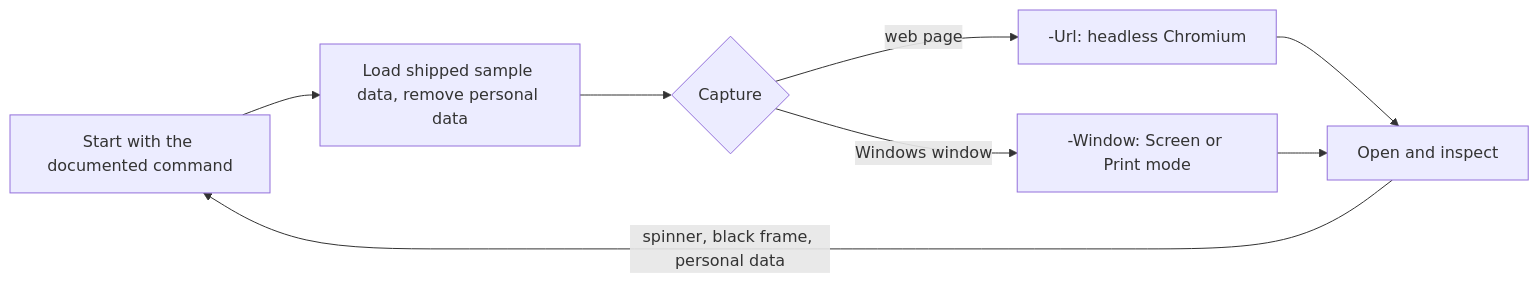
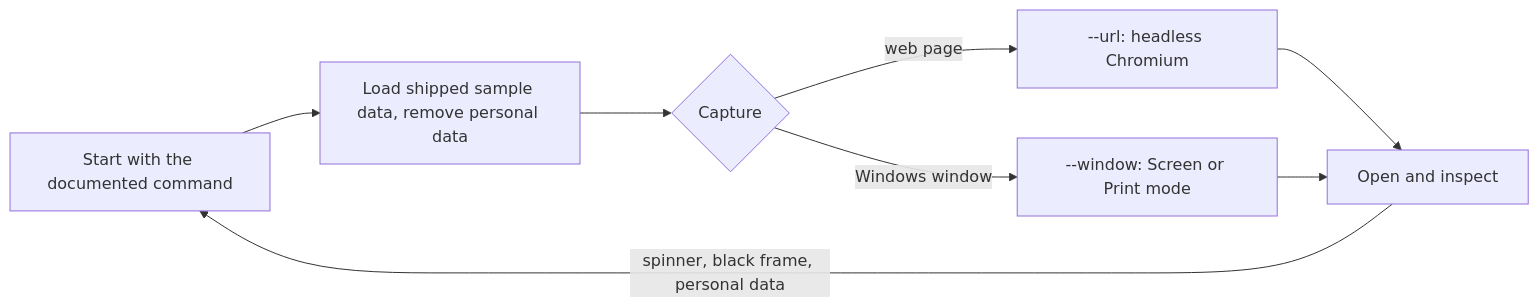
Before and after one commit to an-dr/agents: the diagram in skills/actions/an-dr-files-make-screenshot/README.md, drawn with Mermaid. The commit also changed 426 other files, not shown here.

````diff
--- a/skills/actions/an-dr-files-make-screenshot/README.md
+++ b/skills/actions/an-dr-files-make-screenshot/README.md
@@ -11,10 +11,10 @@
 ```mermaid
 flowchart LR
   S[Start with the documented command] --> D[Load shipped sample data, remove personal data]
   D --> C{Capture}
-  C -- web page --> U[-Url: headless Chromium]
-  C -- Windows window --> W[-Window: Screen or Print mode]
+  C -- web page --> U[--url: headless Chromium]
+  C -- Windows window --> W[--window: Screen or Print mode]
   U --> K[Open and inspect]
   W --> K
   K -- spinner, black frame, personal data --> S
 ```
````
